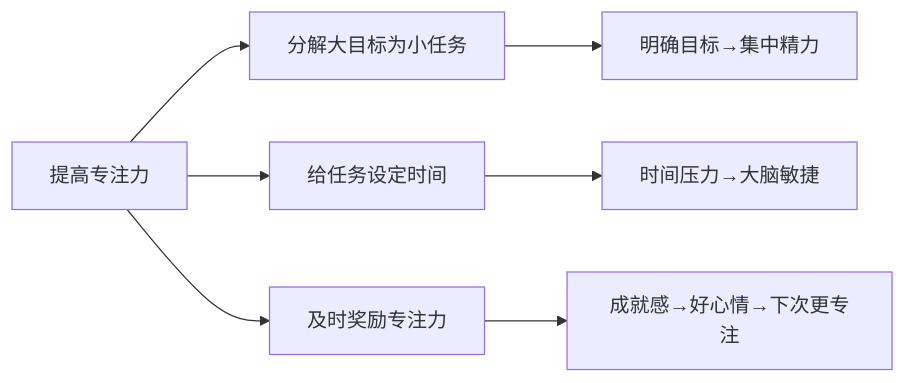
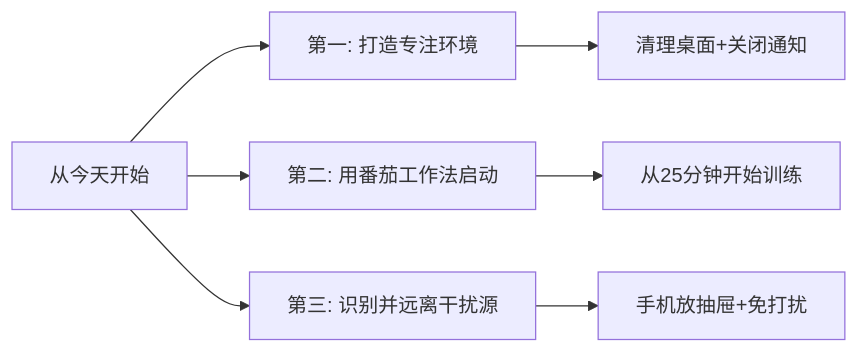
The tenth of 10 diagrams in 10.自我进阶提升书/07.底层思维的训练/7.1专注能力的提升.md (chongyang211/YCBookBlog), drawn with Mermaid before and after one commit. The commit also changed other lines of this file and 6 other files, not shown here.

````diff
--- a/10.自我进阶提升书/07.底层思维的训练/7.1专注能力的提升.md
+++ b/10.自我进阶提升书/07.底层思维的训练/7.1专注能力的提升.md
@@ -112,9 +372,9 @@
 ```mermaid
 graph LR
-    A[提高专注力] --> B[分解大目标为小任务]
-    A --> C[给任务设定时间]
-    A --> D[及时奖励专注力]
-    B --> B1[明确目标→集中精力]
-    C --> C1[时间压力→大脑敏捷]
-    D --> D1[成就感→好心情→下次更专注]
+    A[从今天开始] --> B[第一: 打造专注环境]
+    A --> C[第二: 用番茄工作法启动]
+    A --> D[第三: 识别并远离干扰源]
+    B --> B1[清理桌面+关闭通知]
+    C --> C1[从25分钟开始训练]
+    D --> D1[手机放抽屉+免打扰]
 ```
````
